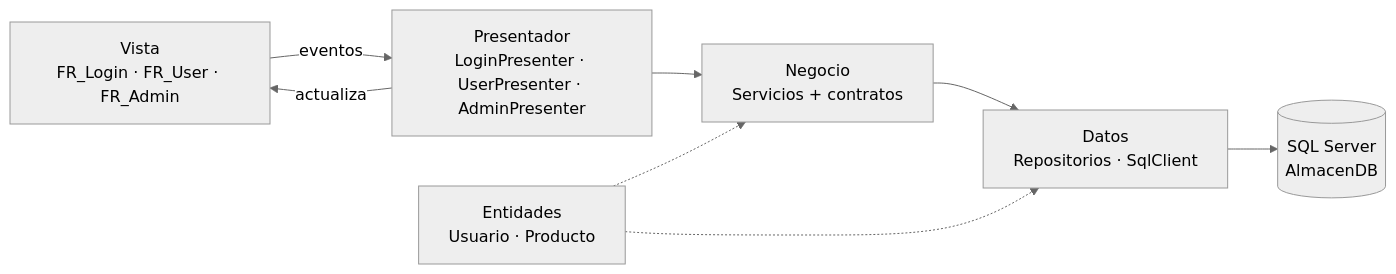
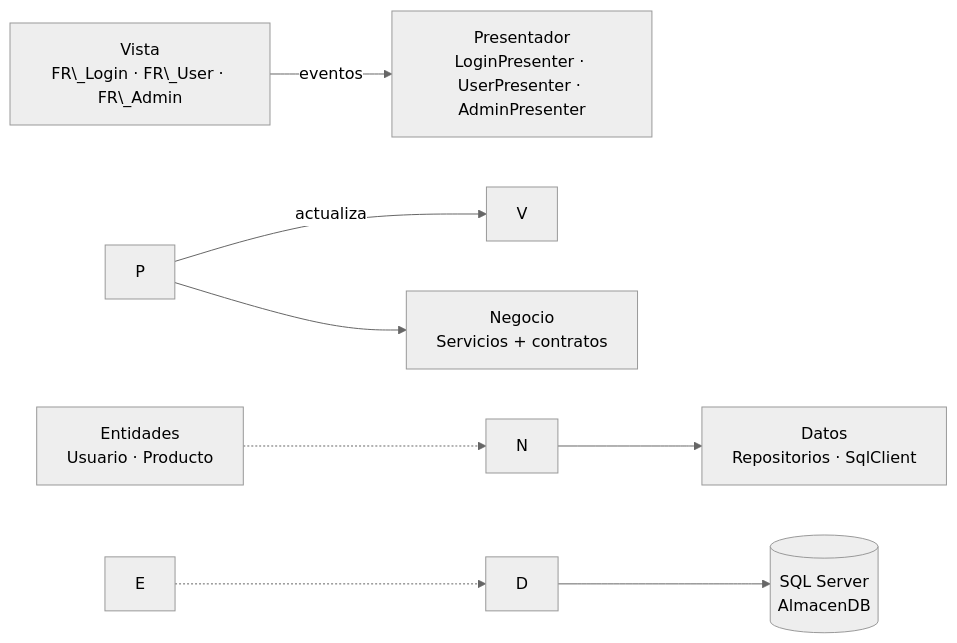
The diagram in README.md (Vizgax/Parcial-2-Capas), drawn with Mermaid (neutral theme) before and after one commit. The commit also changed other lines of this file and 11 other files, not shown here.

````diff
--- a/README.md
+++ b/README.md
@@ -54,10 +51,10 @@
 ```mermaid
 flowchart LR
-    V[Vista<br/>FR_Login · FR_User · FR_Admin] -- eventos --> P[Presentador<br/>LoginPresenter · UserPresenter · AdminPresenter]
+    V\[Vista<br/>FR\_Login · FR\_User · FR\_Admin] -- eventos --> P\[Presentador<br/>LoginPresenter · UserPresenter · AdminPresenter]
     P -- actualiza --> V
-    P --> N[Negocio<br/>Servicios + contratos]
-    N --> D[Datos<br/>Repositorios · SqlClient]
-    D --> DB[(SQL Server<br/>AlmacenDB)]
-    E[Entidades<br/>Usuario · Producto] -.-> N
+    P --> N\[Negocio<br/>Servicios + contratos]
+    N --> D\[Datos<br/>Repositorios · SqlClient]
+    D --> DB\[(SQL Server<br/>AlmacenDB)]
+    E\[Entidades<br/>Usuario · Producto] -.-> N
     E -.-> D
 ```
````
